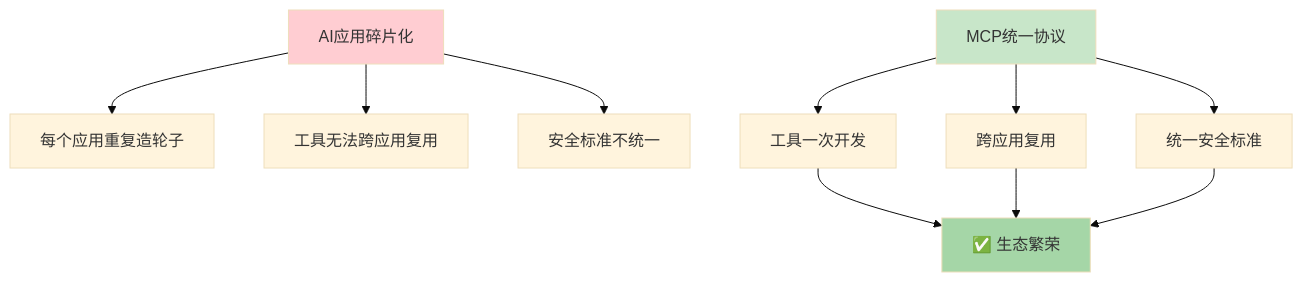
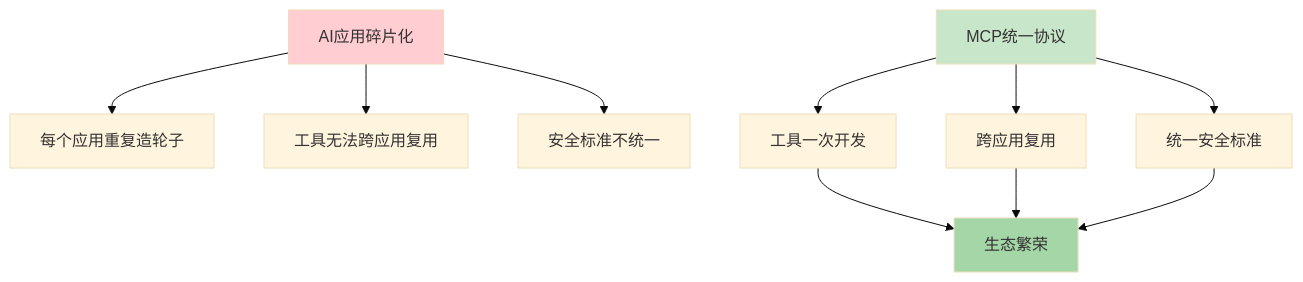
One commit to leahana/leahana.github.io changed the second of 5 diagrams in source/_posts/tech/ai/2025-04-24-mcp-model-context-protocol.md. Above: the diagram before and after it, drawn with Mermaid (base theme). The commit also changed other lines of this file, not shown here.

Commit message:
content: fix MCP mermaid labels and heading

````diff
--- a/source/_posts/tech/ai/2025-04-24-mcp-model-context-protocol.md
+++ b/source/_posts/tech/ai/2025-04-24-mcp-model-context-protocol.md
@@ -83,18 +83,18 @@
 ```mermaid
 graph TD
     A[AI应用碎片化] --> B[每个应用重复造轮子]
     A --> C[工具无法跨应用复用]
     A --> D[安全标准不统一]
 
     E[MCP统一协议] --> F[工具一次开发]
     E --> G[跨应用复用]
     E --> H[统一安全标准]
 
-    F --> I[✅ 生态繁荣]
+    F --> I[生态繁荣]
     G --> I
     H --> I
 
     style A fill:#ffcdd2
     style E fill:#c8e6c9
     style I fill:#a5d6a7
 ```
````
